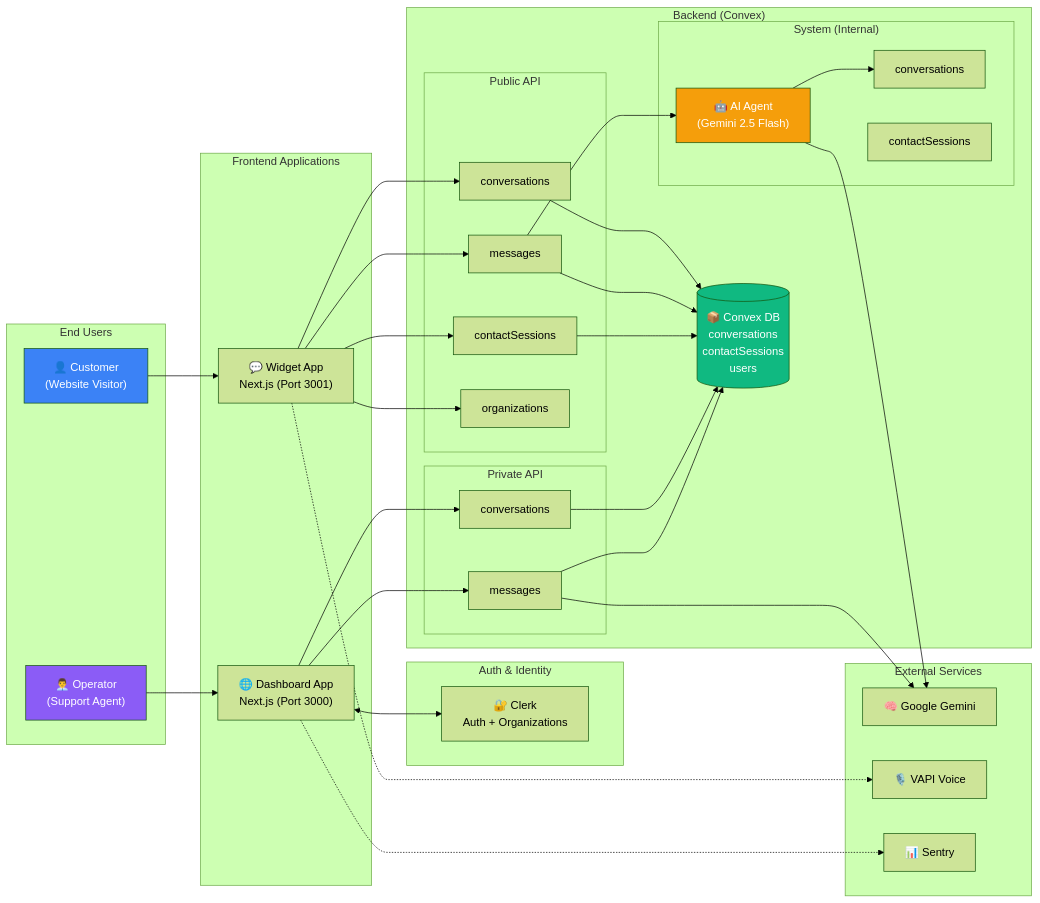
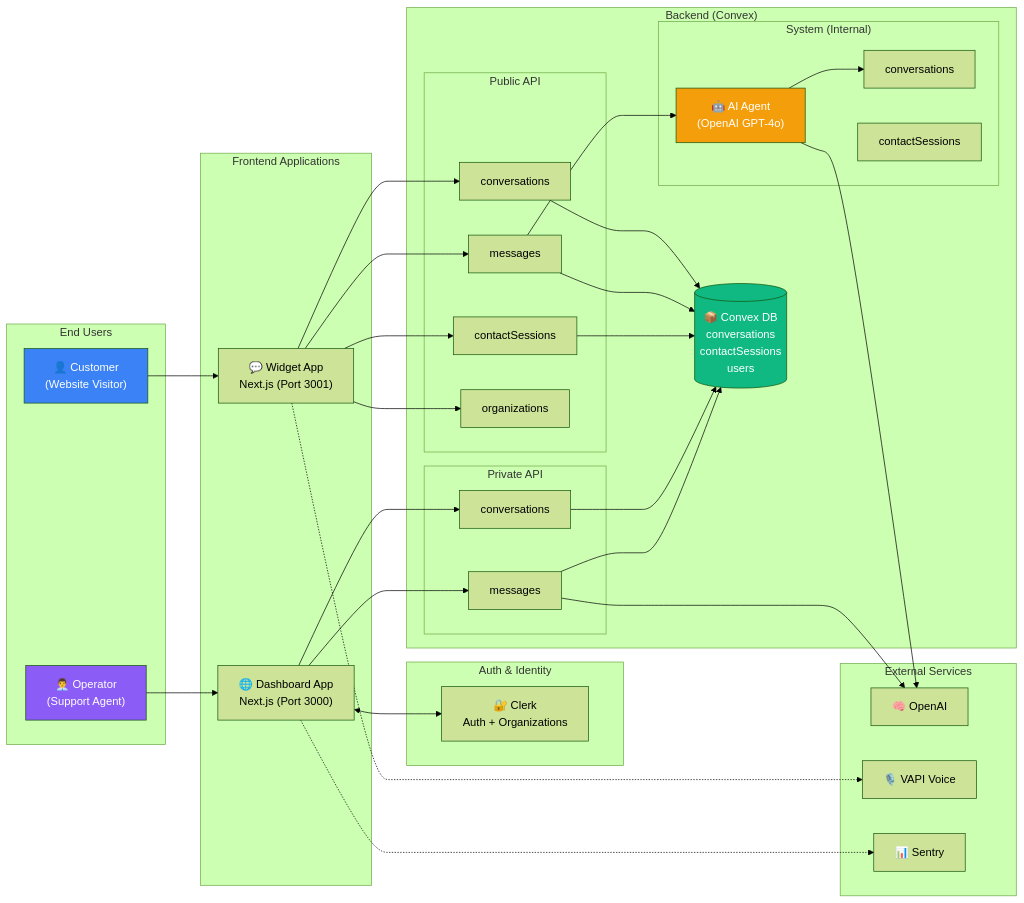
One commit to prakharsingh-74/Pivot-Care-AI changed the second of 12 diagrams in README.md. Above: the diagram before and after it, drawn with Mermaid (forest theme). The commit also changed other lines of this file, not shown here.

Commit message:
refactor docs: migrate AI agent provider from Google Gemini to OpenAI GPT-4o throughout documentation

````diff
--- a/README.md
+++ b/README.md
@@ -92,59 +92,59 @@
 ```mermaid
 graph LR
     subgraph "End Users"
         CUSTOMER["👤 Customer<br/>(Website Visitor)"]
         OPERATOR["👨‍💼 Operator<br/>(Support Agent)"]
     end
 
     subgraph "Frontend Applications"
         WIDGET_APP["💬 Widget App<br/>Next.js (Port 3001)"]
         DASH_APP["🌐 Dashboard App<br/>Next.js (Port 3000)"]
     end
 
     subgraph "Auth & Identity"
         CLERK["🔐 Clerk<br/>Auth + Organizations"]
     end
 
     subgraph "Backend (Convex)"
         subgraph "Public API"
             PUB_CONV["conversations"]
             PUB_MSG["messages"]
             PUB_CS["contactSessions"]
             PUB_ORG["organizations"]
         end
         subgraph "Private API"
             PRIV_CONV["conversations"]
             PRIV_MSG["messages"]
         end
         subgraph "System (Internal)"
             SYS_CONV["conversations"]
             SYS_CS["contactSessions"]
-            AI_AGENT["🤖 AI Agent<br/>(Gemini 2.5 Flash)"]
+            AI_AGENT["🤖 AI Agent<br/>(OpenAI GPT-4o)"]
         end
         DB[("📦 Convex DB<br/>conversations<br/>contactSessions<br/>users")]
     end
 
     subgraph "External Services"
-        GEMINI["🧠 Google Gemini"]
+        OPENAI["🧠 OpenAI"]
         VAPI["🎙️ VAPI Voice"]
         SENTRY["📊 Sentry"]
     end
 
     CUSTOMER --> WIDGET_APP
     OPERATOR --> DASH_APP
     DASH_APP <--> CLERK
     WIDGET_APP --> PUB_CONV & PUB_MSG & PUB_CS & PUB_ORG
     DASH_APP --> PRIV_CONV & PRIV_MSG
     PUB_MSG --> AI_AGENT
-    PRIV_MSG --> GEMINI
-    AI_AGENT --> GEMINI
+    PRIV_MSG --> OPENAI
+    AI_AGENT --> OPENAI
     AI_AGENT --> SYS_CONV
     PUB_CONV & PUB_MSG & PUB_CS & PRIV_CONV & PRIV_MSG --> DB
     WIDGET_APP -.-> VAPI
     DASH_APP -.-> SENTRY
 
     style CUSTOMER fill:#3b82f6,color:#fff
     style OPERATOR fill:#8b5cf6,color:#fff
     style AI_AGENT fill:#f59e0b,color:#fff
     style DB fill:#10b981,color:#fff
 ```
````
